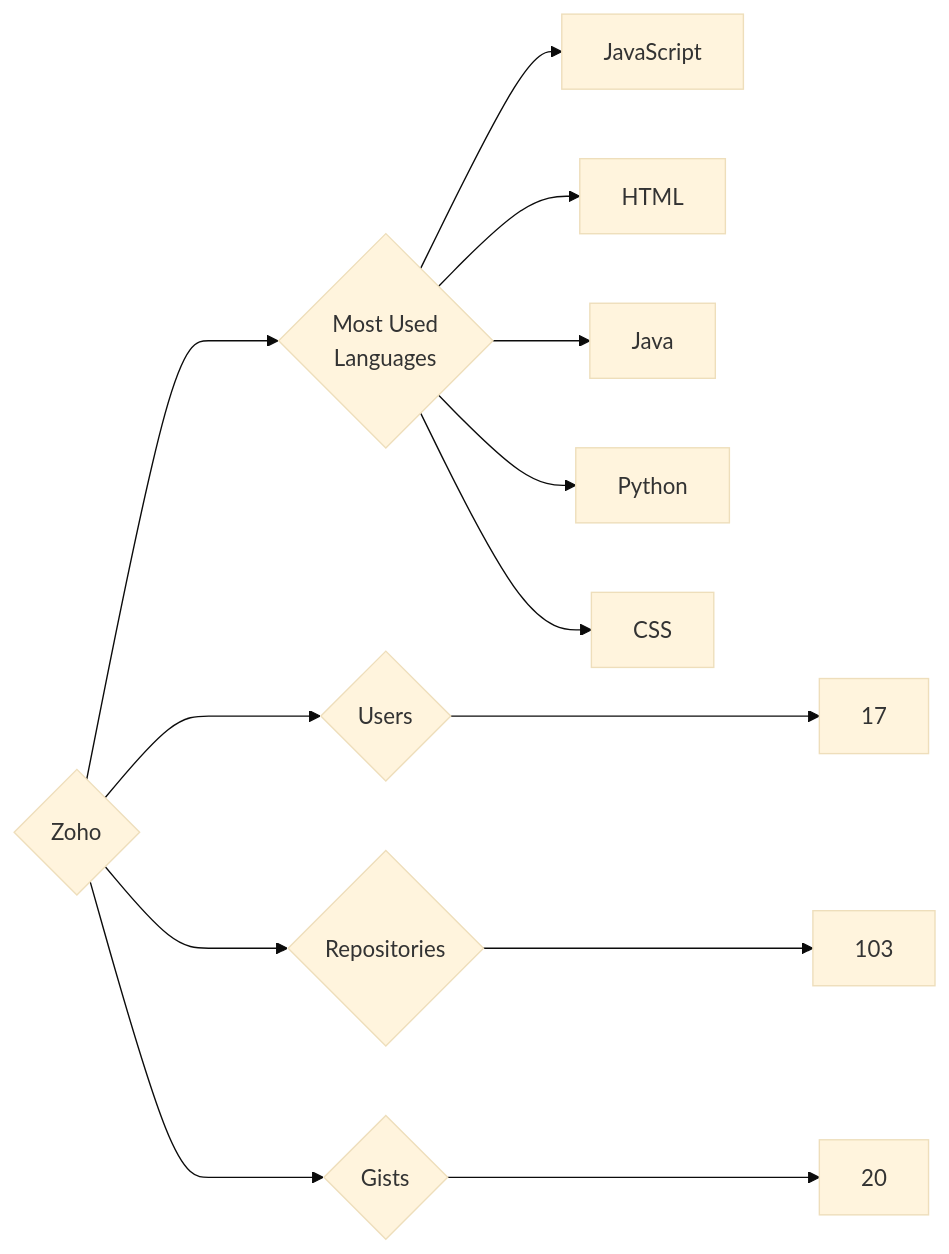
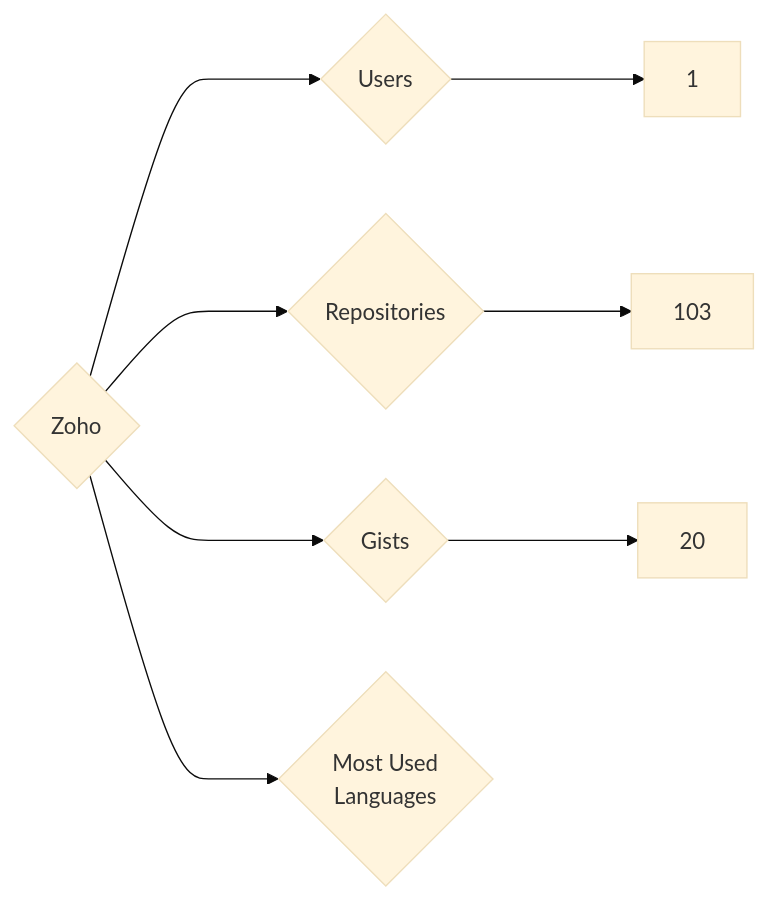
One commit to trickest/insiders changed the diagram in targets/Zoho/README.md. Above: the diagram before and after it, drawn with Mermaid (base theme). The commit also changed 444 other files, not shown here.

````diff
--- a/targets/Zoho/README.md
+++ b/targets/Zoho/README.md
@@ -3,13 +3,8 @@
 ```mermaid
 graph LR
 COMPANY_NAME{Zoho}
-COMPANY_NAME ---> U{Users} ---> UN[17]
+COMPANY_NAME ---> U{Users} ---> UN[1]
 COMPANY_NAME ---> R{Repositories} ---> RN[103]
 COMPANY_NAME ---> G{Gists} ---> GN[20]
 COMPANY_NAME ---> ML{Most Used<br>Languages}
-ML --> JavaScript[JavaScript]
-ML --> HTML[HTML]
-ML --> Java[Java]
-ML --> Python[Python]
-ML --> CSS[CSS]
 ```
````
